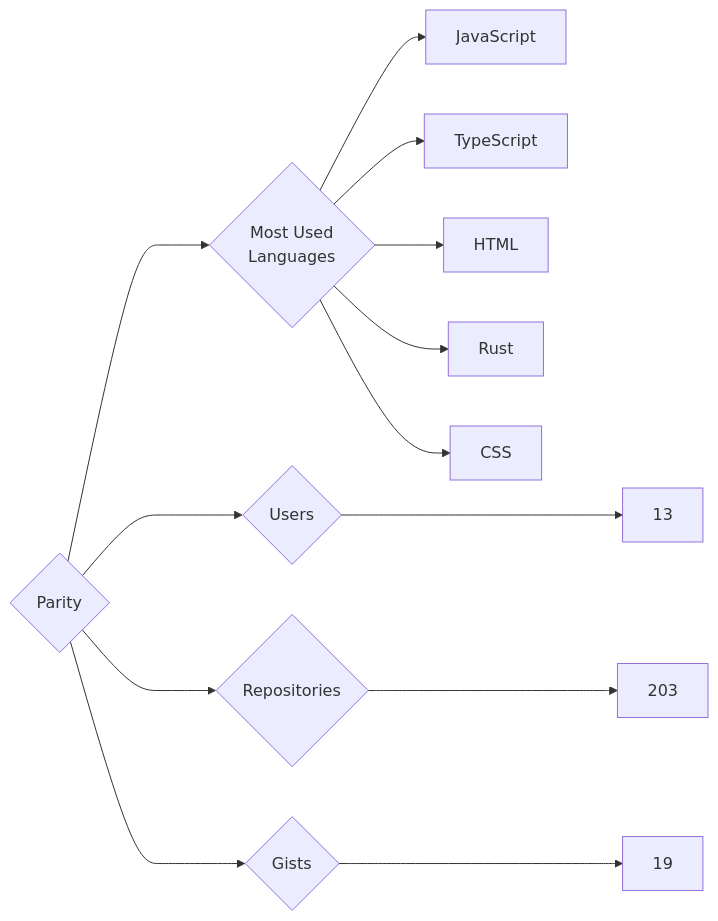
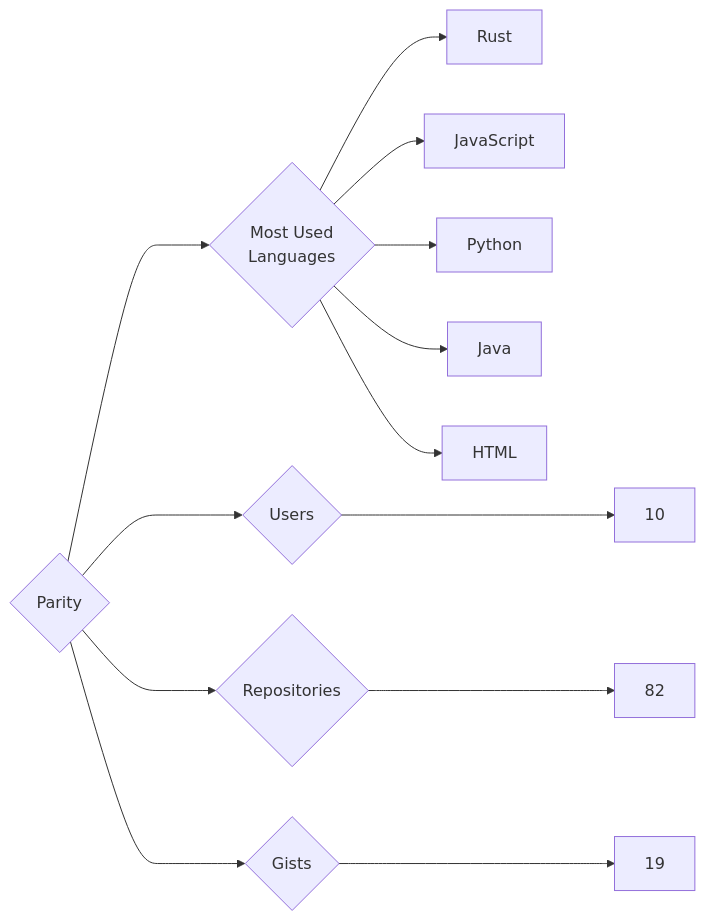
One commit to trickest/insiders changed the diagram in targets/Parity/README.md. Above: the diagram before and after it, drawn with Mermaid. The commit also changed 682 other files, not shown here.

````diff
--- a/targets/Parity/README.md
+++ b/targets/Parity/README.md
@@ -3,13 +3,13 @@
 ```mermaid
 graph LR
 COMPANY_NAME{Parity}
-COMPANY_NAME ---> U{Users} ---> UN[13]
-COMPANY_NAME ---> R{Repositories} ---> RN[203]
+COMPANY_NAME ---> U{Users} ---> UN[10]
+COMPANY_NAME ---> R{Repositories} ---> RN[82]
 COMPANY_NAME ---> G{Gists} ---> GN[19]
 COMPANY_NAME ---> ML{Most Used<br>Languages}
+ML --> Rust[Rust]
 ML --> JavaScript[JavaScript]
-ML --> TypeScript[TypeScript]
+ML --> Python[Python]
+ML --> Java[Java]
 ML --> HTML[HTML]
-ML --> Rust[Rust]
-ML --> CSS[CSS]
 ```
````
